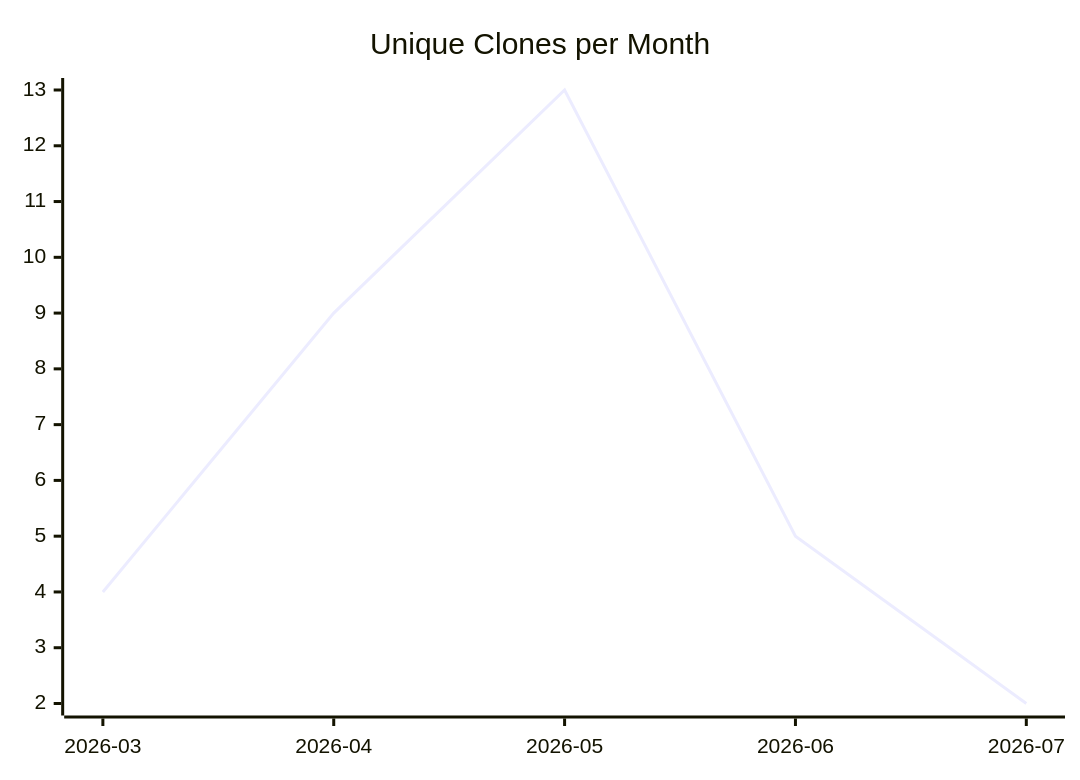
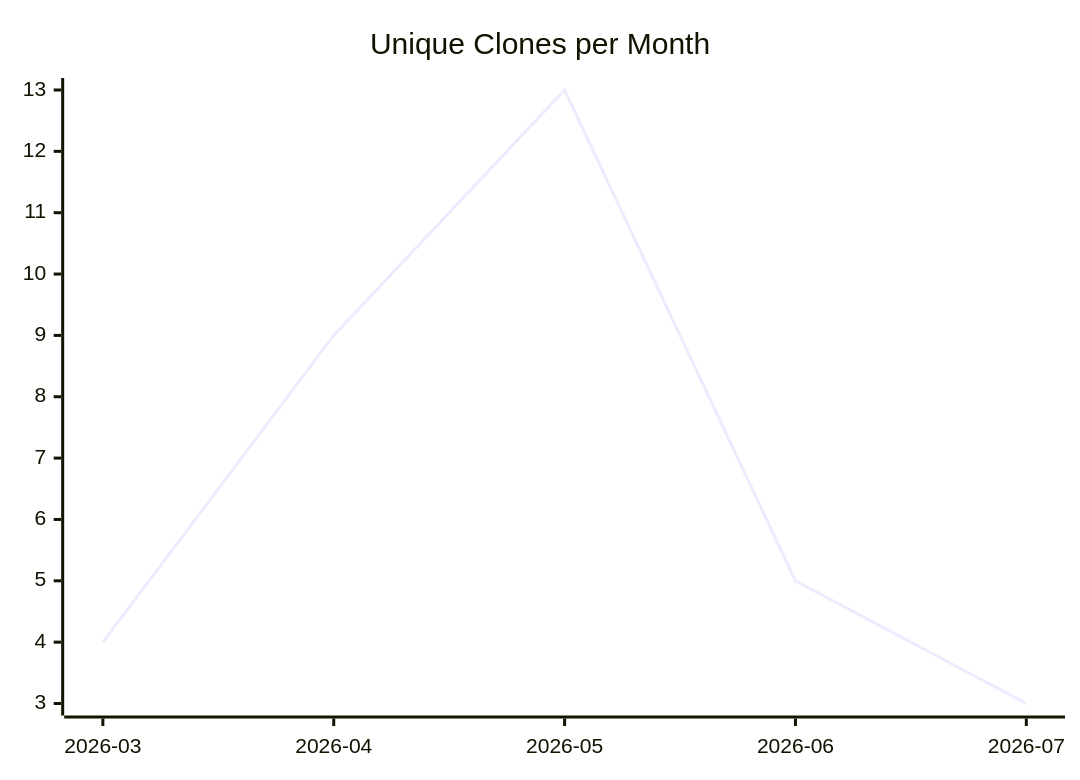
Before and after one commit to justdavis-family/github-analytics-data: the third of 3 diagrams in karlmdavis/justdavis-puppet/README.md, drawn with Mermaid. The commit also changed other lines of this file and 184 other files, not shown here.

````diff
--- a/karlmdavis/justdavis-puppet/README.md
+++ b/karlmdavis/justdavis-puppet/README.md
@@ -19,6 +19,6 @@
 ```mermaid
 xychart-beta
   title "Unique Clones per Month"
   x-axis ["2026-03", "2026-04", "2026-05", "2026-06", "2026-07"]
-  line [4, 9, 13, 5, 2]
+  line [4, 9, 13, 5, 3]
 ```
````
